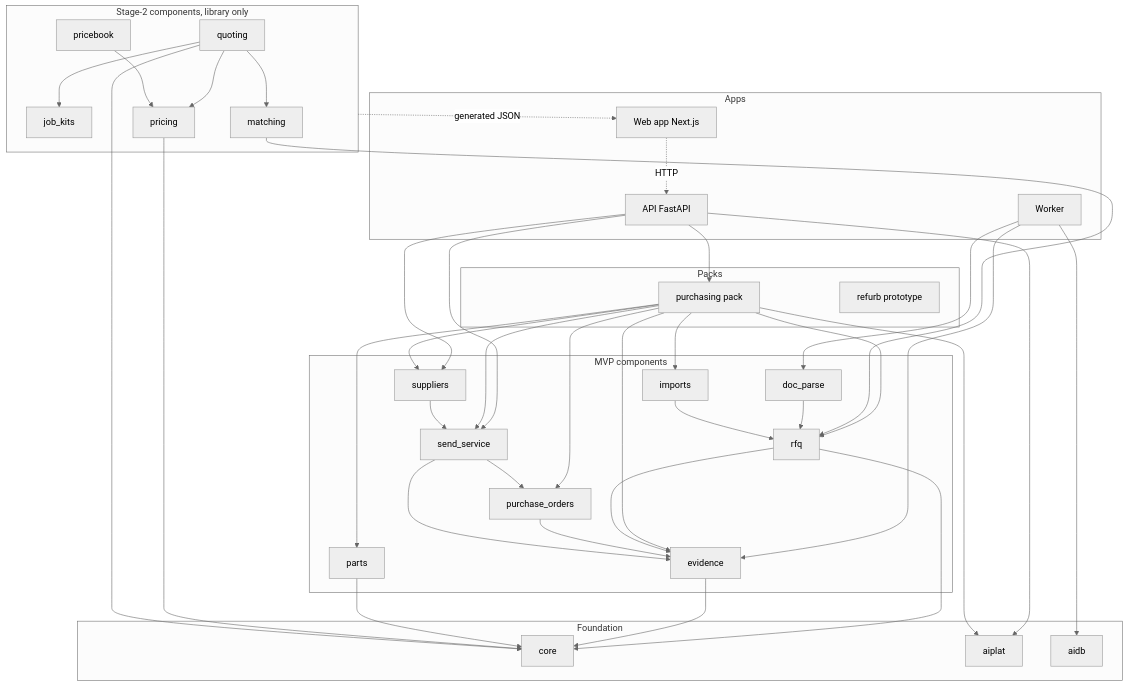
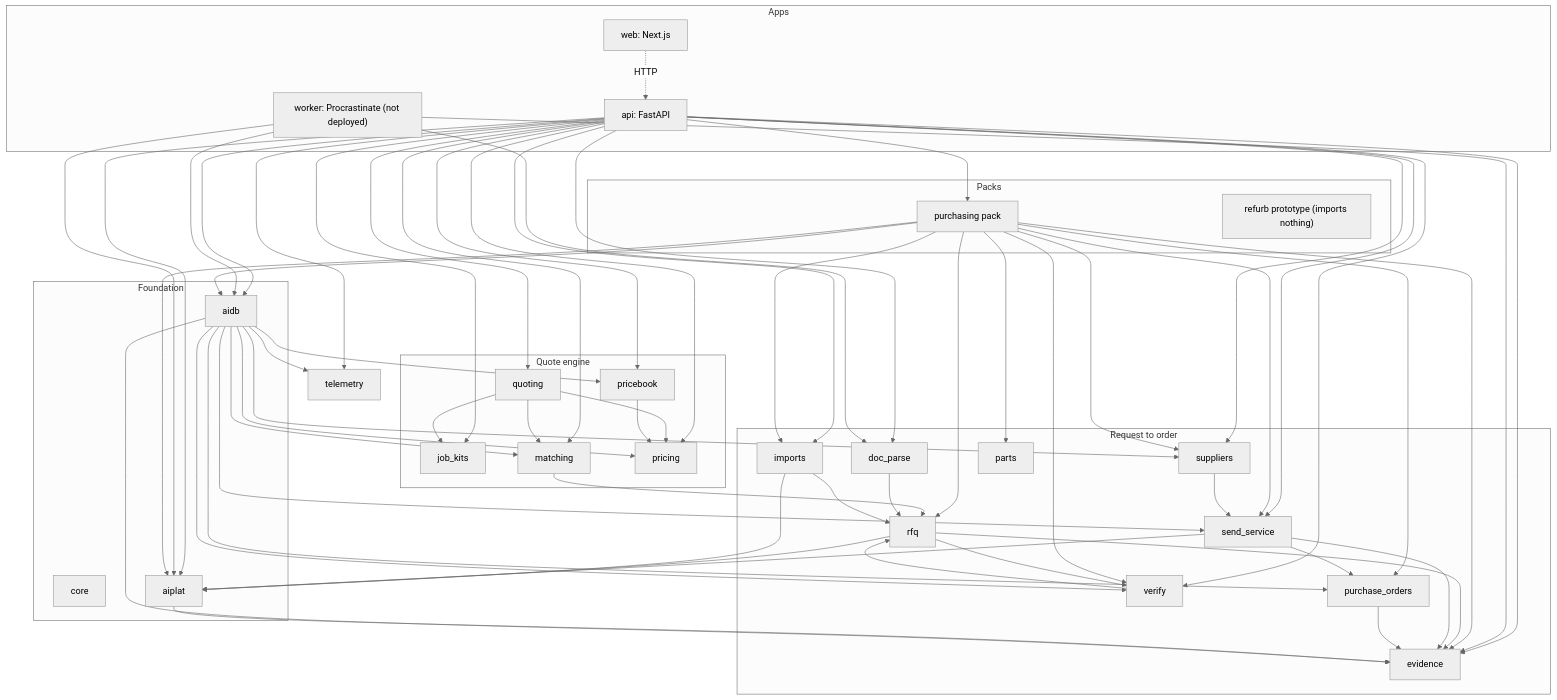
Before and after one commit to emre-akarsu/ai-commerce-ideas: the first of 2 diagrams in docs/architecture/current-modules.md, drawn with Mermaid (neutral theme). The commit also changed other lines of this file and 42 other files, not shown here.

````diff
--- a/docs/architecture/current-modules.md
+++ b/docs/architecture/current-modules.md
@@ -7,31 +7,33 @@
 ```mermaid
 flowchart TB
   subgraph Apps
-    web[Web app Next.js]
-    api[API FastAPI]
-    worker[Worker]
+    web["web: Next.js"]
+    api["api: FastAPI"]
+    worker["worker: Procrastinate (not deployed)"]
   end
   subgraph Packs
-    purchasing[purchasing pack]
-    refurb[refurb prototype]
+    purchasing["purchasing pack"]
+    refurb["refurb prototype (imports nothing)"]
   end
-  subgraph S2[Stage-2 components, library only]
+  subgraph QE["Quote engine"]
     quoting
     job_kits
     matching
     pricing
     pricebook
   end
-  subgraph MVP[MVP components]
+  subgraph RO["Request to order"]
     rfq
+    verify
     send_service
+    purchase_orders
     suppliers
-    purchase_orders
     evidence
     imports
     doc_parse
     parts
   end
+  telemetry
   subgraph Foundation
     core
     aiplat
@@ -39,18 +41,34 @@
   end
   web -. HTTP .-> api
   api --> purchasing
+  api --> quoting
+  api --> job_kits
+  api --> matching
+  api --> pricing
+  api --> pricebook
+  api --> verify
+  api --> telemetry
   api --> send_service
   api --> suppliers
+  api --> evidence
+  api --> doc_parse
+  api --> imports
+  api --> aiplat
+  api --> aidb
+  worker --> aiplat
+  worker --> aidb
   worker --> doc_parse
   worker --> evidence
-  worker --> aidb
   purchasing --> rfq
+  purchasing --> verify
   purchasing --> send_service
+  purchasing --> purchase_orders
   purchasing --> suppliers
-  purchasing --> purchase_orders
+  purchasing --> evidence
   purchasing --> imports
   purchasing --> parts
-  purchasing --> evidence
+  purchasing --> aiplat
+  purchasing --> aidb
   quoting --> job_kits
   quoting --> matching
   quoting --> pricing
@@ -58,17 +76,24 @@
   matching --> rfq
   doc_parse --> rfq
   imports --> rfq
+  imports --> aiplat
+  rfq --> verify
+  verify --> rfq
   rfq --> evidence
-  purchase_orders --> evidence
+  rfq --> aiplat
   send_service --> purchase_orders
   send_service --> evidence
+  send_service --> aiplat
   suppliers --> send_service
-  S2 -. generated JSON .-> web
-  api --> aiplat
-  purchasing --> aiplat
-  rfq --> core
-  evidence --> core
-  parts --> core
-  pricing --> core
-  quoting --> core
+  purchase_orders --> evidence
+  aiplat --> evidence
+  aidb --> evidence
+  aidb --> matching
+  aidb --> pricing
+  aidb --> pricebook
+  aidb --> purchase_orders
+  aidb --> send_service
+  aidb --> suppliers
+  aidb --> telemetry
+  aidb --> verify
 ```
````
